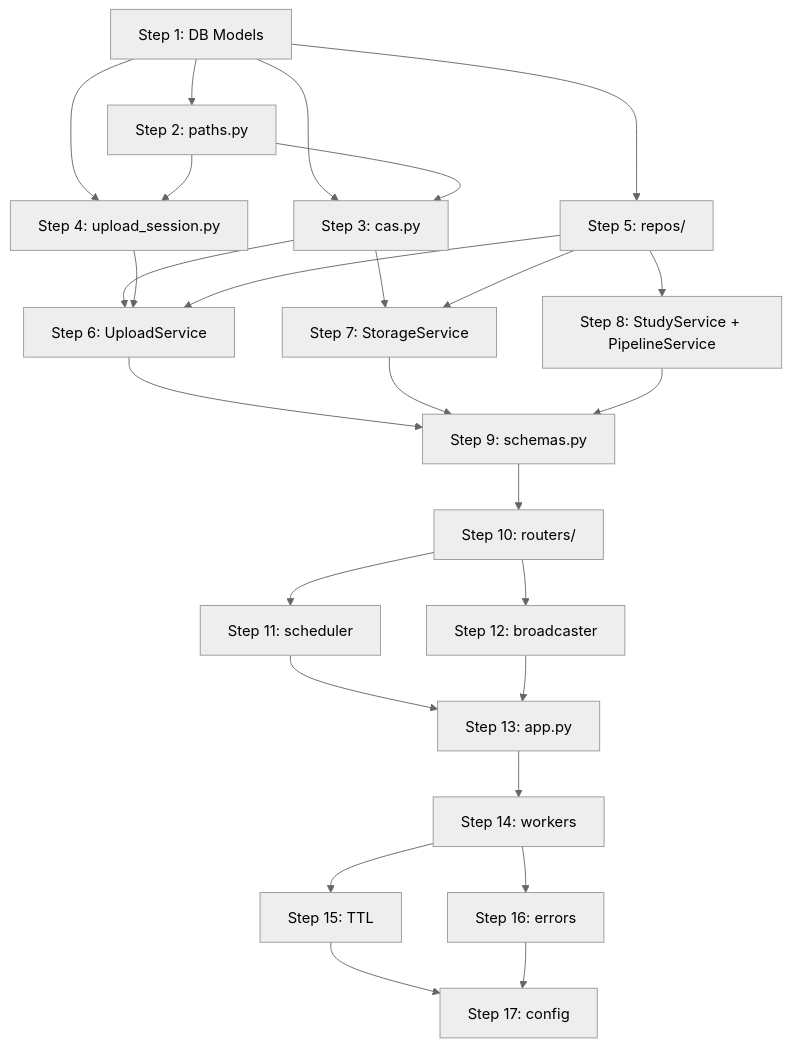
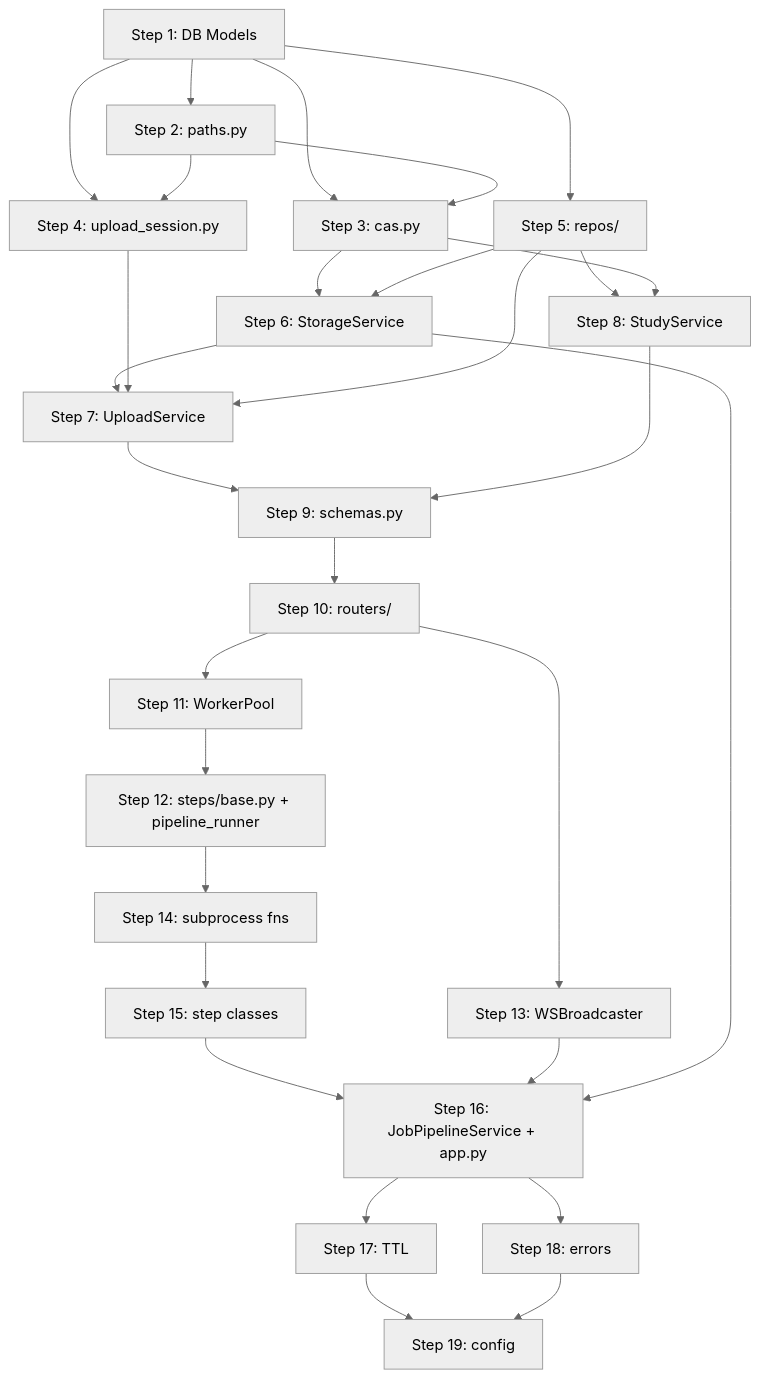
Before and after one commit to pFornagiel/toothviz: the diagram in plans/implementation_flow.md, drawn with Mermaid (neutral theme). The commit also changed other lines of this file and 5 other files, not shown here.

````diff
--- a/plans/implementation_flow.md
+++ b/plans/implementation_flow.md
@@ -325,28 +480,31 @@
 ```mermaid
 graph TD
     S1[Step 1: DB Models] --> S2[Step 2: paths.py]
     S1 --> S3[Step 3: cas.py]
     S1 --> S4[Step 4: upload_session.py]
     S1 --> S5[Step 5: repos/]
     S2 --> S3
     S2 --> S4
-    S3 --> S6[Step 6: UploadService]
-    S4 --> S6
+    S3 --> S6[Step 6: StorageService]
     S5 --> S6
-    S3 --> S7[Step 7: StorageService]
+    S6 --> S7[Step 7: UploadService]
+    S4 --> S7
     S5 --> S7
-    S5 --> S8[Step 8: StudyService + PipelineService]
-    S6 --> S9[Step 9: schemas.py]
-    S7 --> S9
+    S5 --> S8[Step 8: StudyService]
+    S3 --> S8
+    S7 --> S9[Step 9: schemas.py]
     S8 --> S9
     S9 --> S10[Step 10: routers/]
-    S10 --> S11[Step 11: scheduler]
-    S10 --> S12[Step 12: broadcaster]
-    S11 --> S13[Step 13: app.py]
-    S12 --> S13
-    S13 --> S14[Step 14: workers]
-    S14 --> S15[Step 15: TTL]
-    S14 --> S16[Step 16: errors]
-    S15 --> S17[Step 17: config]
-    S16 --> S17
+    S10 --> S11[Step 11: WorkerPool]
+    S11 --> S12[Step 12: steps/base.py + pipeline_runner]
+    S10 --> S13[Step 13: WSBroadcaster]
+    S12 --> S14[Step 14: subprocess fns]
+    S14 --> S15[Step 15: step classes]
+    S15 --> S16[Step 16: JobPipelineService + app.py]
+    S13 --> S16
+    S6 --> S16
+    S16 --> S17[Step 17: TTL]
+    S16 --> S18[Step 18: errors]
+    S17 --> S19[Step 19: config]
+    S18 --> S19
 ```
````
